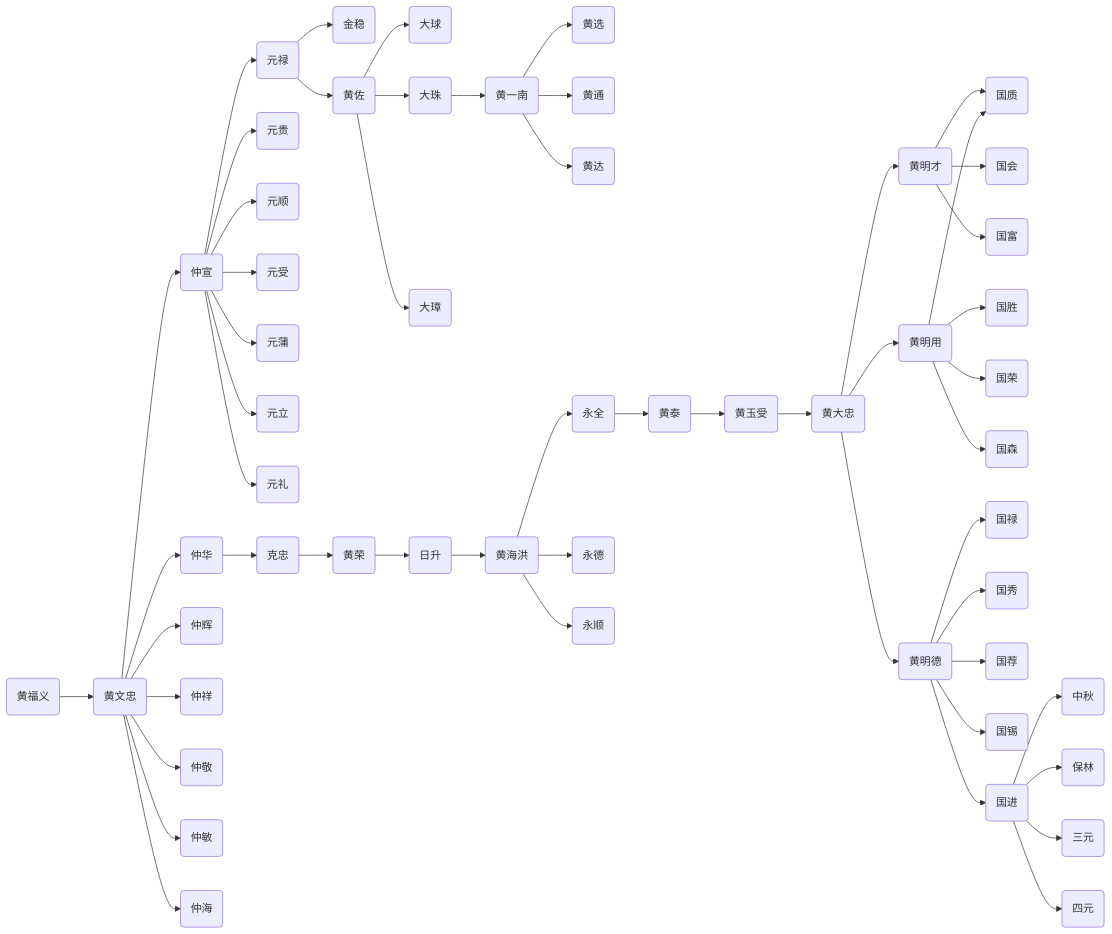
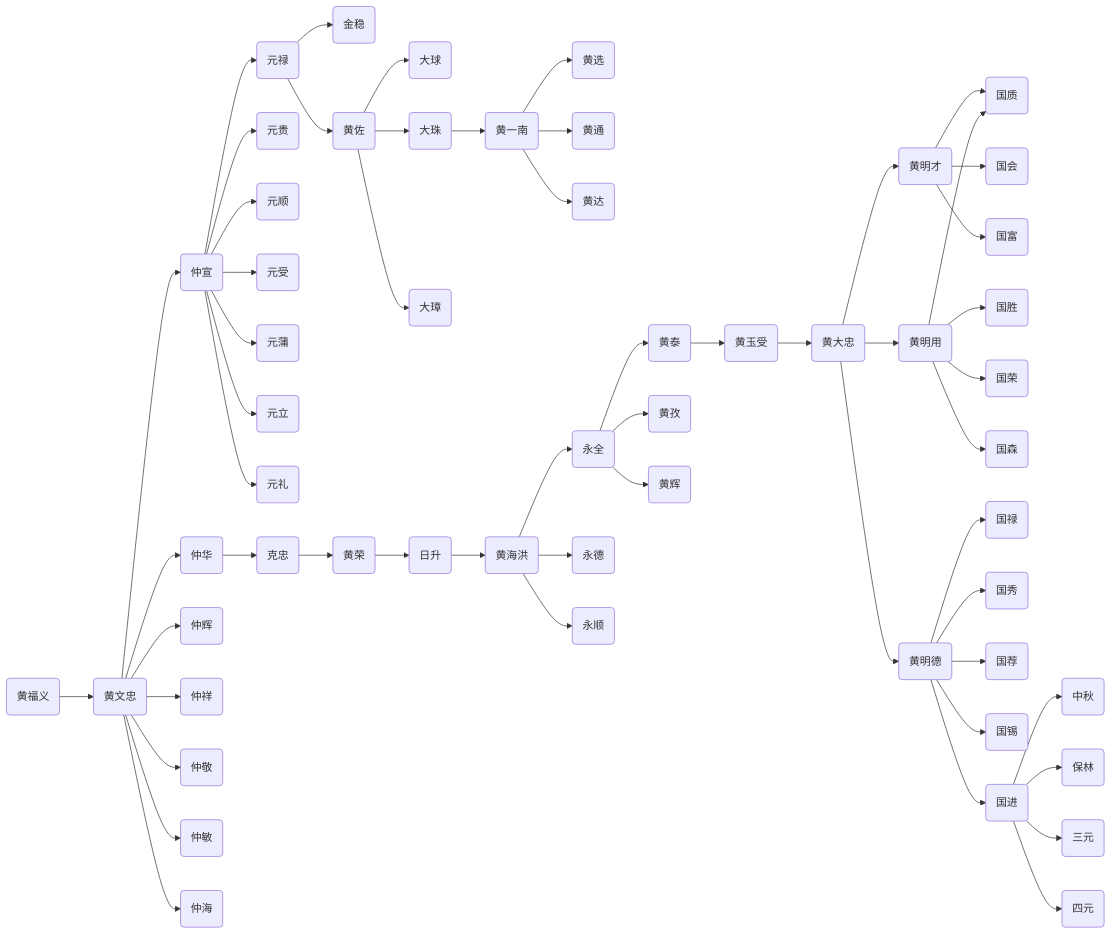
The diagram in contents/chapter2.md (jeanim/jiapu), drawn with Mermaid before and after one commit.

```diff
--- a/contents/chapter2.md
+++ b/contents/chapter2.md
@@ -5,56 +5,58 @@
 {% mermaid %}
 graph LR;
   huangfuyi("黄福义")-->huangwenzhong("黄文忠");
   huangwenzhong("黄文忠")-->zhongxuan("仲宣");
   zhongxuan("仲宣")-->yuanlu("元禄");
   yuanlu("元禄")-->jingwen("金稳");
   yuanlu("元禄")-->huangzuo("黄佐");
   huangzuo("黄佐")-->daqiu("大球");
   huangzuo("黄佐")-->dazhu("大珠");
   dazhu("大珠")-->huangyinan("黄一南");
   huangyinan("黄一南")-->huangxuan("黄选");
   huangyinan("黄一南")-->huangtong("黄通");
   huangyinan("黄一南")-->huangda("黄达");
   huangzuo("黄佐")-->dazhang("大璋");
   zhongxuan("仲宣")-->yuangui("元贵");
   zhongxuan("仲宣")-->yuanshun("元顺");
   zhongxuan("仲宣")-->yuanshou("元受");
   zhongxuan("仲宣")-->yuanpu("元蒲");
   zhongxuan("仲宣")-->yuanli("元立");
   zhongxuan("仲宣")-->yuanli2("元礼");
   huangwenzhong("黄文忠")-->zhonghua("仲华");
   zhonghua("仲华")-->kezhong("克忠");
   kezhong("克忠")-->huangrong("黄荣");
   huangrong("黄荣")-->risheng("日升");
   risheng("日升")-->huanghaihong("黄海洪");
   huanghaihong("黄海洪")-->yongquan("永全");
   yongquan("永全")-->huangtai("黄泰");
   huangtai("黄泰")-->huangyushou("黄玉受");
   huangyushou("黄玉受")-->huangdazhong("黄大忠");
   huangdazhong("黄大忠")-->huangmingcai("黄明才");
   huangmingcai("黄明才")-->guozhi("国志");
   huangmingcai("黄明才")-->guohui("国会");
   huangmingcai("黄明才")-->guofu("国富");
   huangdazhong("黄大忠")-->huangmingyong("黄明用");
   huangmingyong("黄明用")-->guosheng("国胜");
   huangmingyong("黄明用")-->guorong("国荣");
   huangmingyong("黄明用")-->guosen("国森");
   huangmingyong("黄明用")-->guozhi("国质");
   huangdazhong("黄大忠")-->huangmingde("黄明德");
   huangmingde("黄明德")-->guolu("国禄");
   huangmingde("黄明德")-->guoxiu("国秀");
   huangmingde("黄明德")-->guojian("国荐");
   huangmingde("黄明德")-->guoxi("国锡");
   huangmingde("黄明德")-->guojin("国进");
   guojin("国进")-->zhongqiu("中秋");
   guojin("国进")-->baolin("保林");
   guojin("国进")-->sanyuan("三元");
   guojin("国进")-->siyuan("四元");
+  yongquan("永全")-->huangzi("黄孜");
+  yongquan("永全")-->huanghui("黄辉");  
   huanghaihong("黄海洪")-->yongde("永德");
   huanghaihong("黄海洪")-->yongshun("永顺");
   huangwenzhong("黄文忠")-->zhonghui("仲辉");
   huangwenzhong("黄文忠")-->zhongxiang("仲祥");
   huangwenzhong("黄文忠")-->zhongjing("仲敬");
   huangwenzhong("黄文忠")-->zhongmin("仲敏");
   huangwenzhong("黄文忠")-->zhonghai("仲海"); 
 {% endmermaid %}
```
